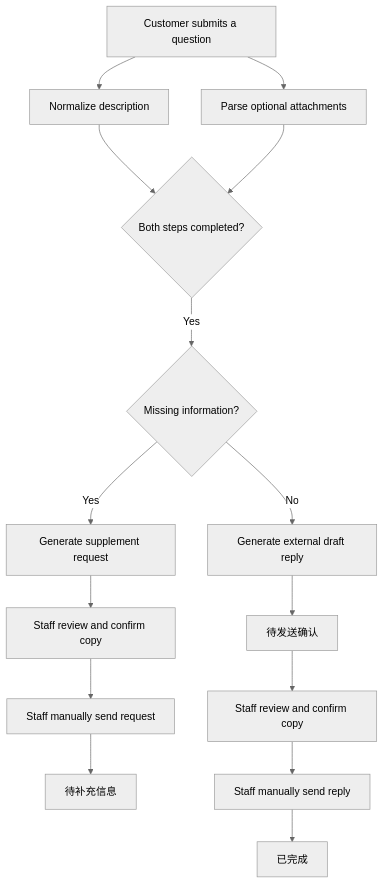
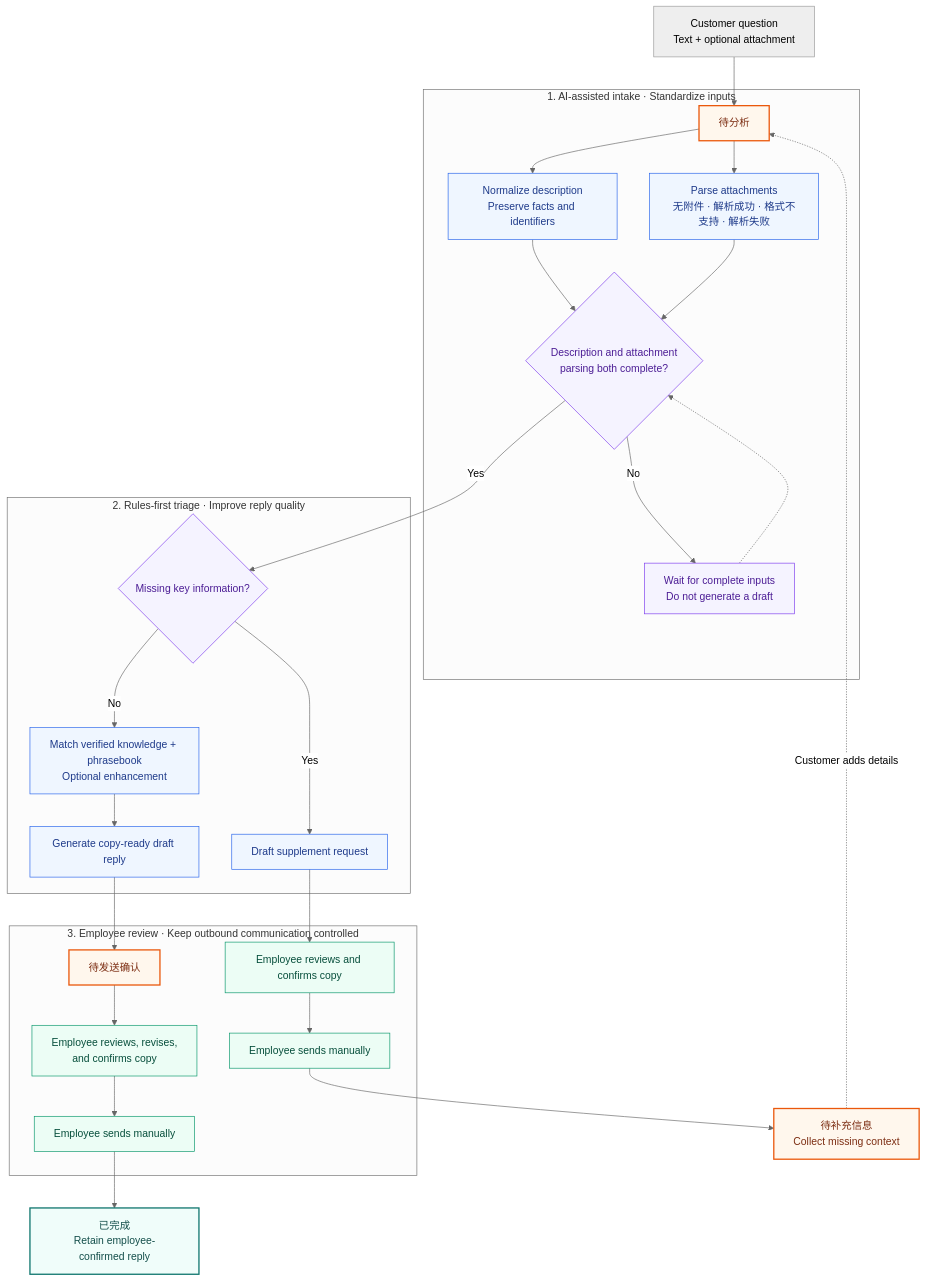
One commit to mumu-workflow/ticket-copilot changed the diagram in README.md. Above: the diagram before and after it, drawn with Mermaid (neutral theme).

Commit message:
docs: upgrade workflow diagram for clearer business value

````diff
--- a/README.md
+++ b/README.md
@@ -45,17 +45,44 @@
 ```mermaid
-flowchart TD
-    A["Customer submits a question"] --> B["Normalize description"]
-    A --> C["Parse optional attachments"]
-    B --> D{"Both steps completed?"}
-    C --> D
-    D -->|Yes| E{"Missing information?"}
-    E -->|Yes| F["Generate supplement request"]
-    F --> G["Staff review and confirm copy"]
-    G --> H["Staff manually send request"]
-    H --> I["待补充信息"]
-    E -->|No| J["Generate external draft reply"]
-    J --> K["待发送确认"]
-    K --> L["Staff review and confirm copy"]
-    L --> M["Staff manually send reply"]
-    M --> N["已完成"]
+flowchart TB
+    A["Customer question<br/>Text + optional attachment"] --> S0["待分析"]
+
+    subgraph P1["1. AI-assisted intake · Standardize inputs"]
+        S0 --> B["Normalize description<br/>Preserve facts and identifiers"]
+        S0 --> C["Parse attachments<br/>无附件 · 解析成功 · 格式不支持 · 解析失败"]
+        B --> D{"Description and attachment<br/>parsing both complete?"}
+        C --> D
+        D -->|No| W0["Wait for complete inputs<br/>Do not generate a draft"]
+        W0 -.-> D
+    end
+
+    subgraph P2["2. Rules-first triage · Improve reply quality"]
+        D -->|Yes| E{"Missing key information?"}
+        E -->|Yes| F["Draft supplement request"]
+        E -->|No| J["Match verified knowledge + phrasebook<br/>Optional enhancement"]
+        J --> K["Generate copy-ready draft reply"]
+    end
+
+    subgraph P3["3. Employee review · Keep outbound communication controlled"]
+        F --> R1["Employee reviews and confirms copy"]
+        K --> S1["待发送确认"]
+        S1 --> R2["Employee reviews, revises,<br/>and confirms copy"]
+        R1 --> M1["Employee sends manually"]
+        R2 --> M2["Employee sends manually"]
+    end
+
+    M1 --> S2["待补充信息<br/>Collect missing context"]
+    S2 -. "Customer adds details" .-> S0
+    M2 --> S3["已完成<br/>Retain employee-confirmed reply"]
+
+    classDef state fill:#FFF7ED,stroke:#EA580C,color:#7C2D12,stroke-width:2px
+    classDef ai fill:#EFF6FF,stroke:#2563EB,color:#1E3A8A
+    classDef guard fill:#F5F3FF,stroke:#7C3AED,color:#4C1D95
+    classDef human fill:#ECFDF5,stroke:#059669,color:#064E3B
+    classDef outcome fill:#F0FDFA,stroke:#0F766E,color:#134E4A,stroke-width:2px
+
+    class S0,S1,S2 state
+    class B,C,F,J,K ai
+    class D,E,W0 guard
+    class R1,R2,M1,M2 human
+    class S3 outcome
 ```
````
